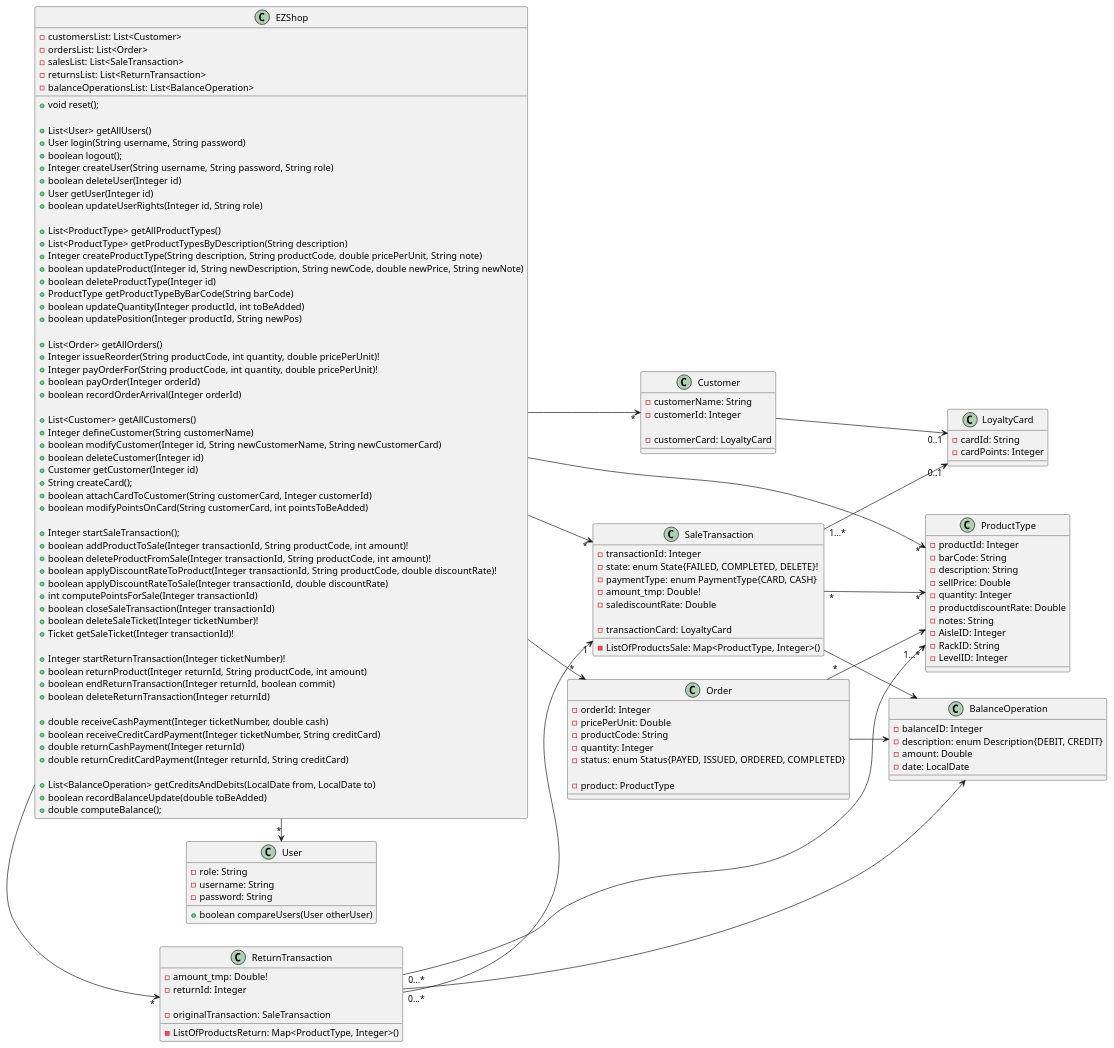
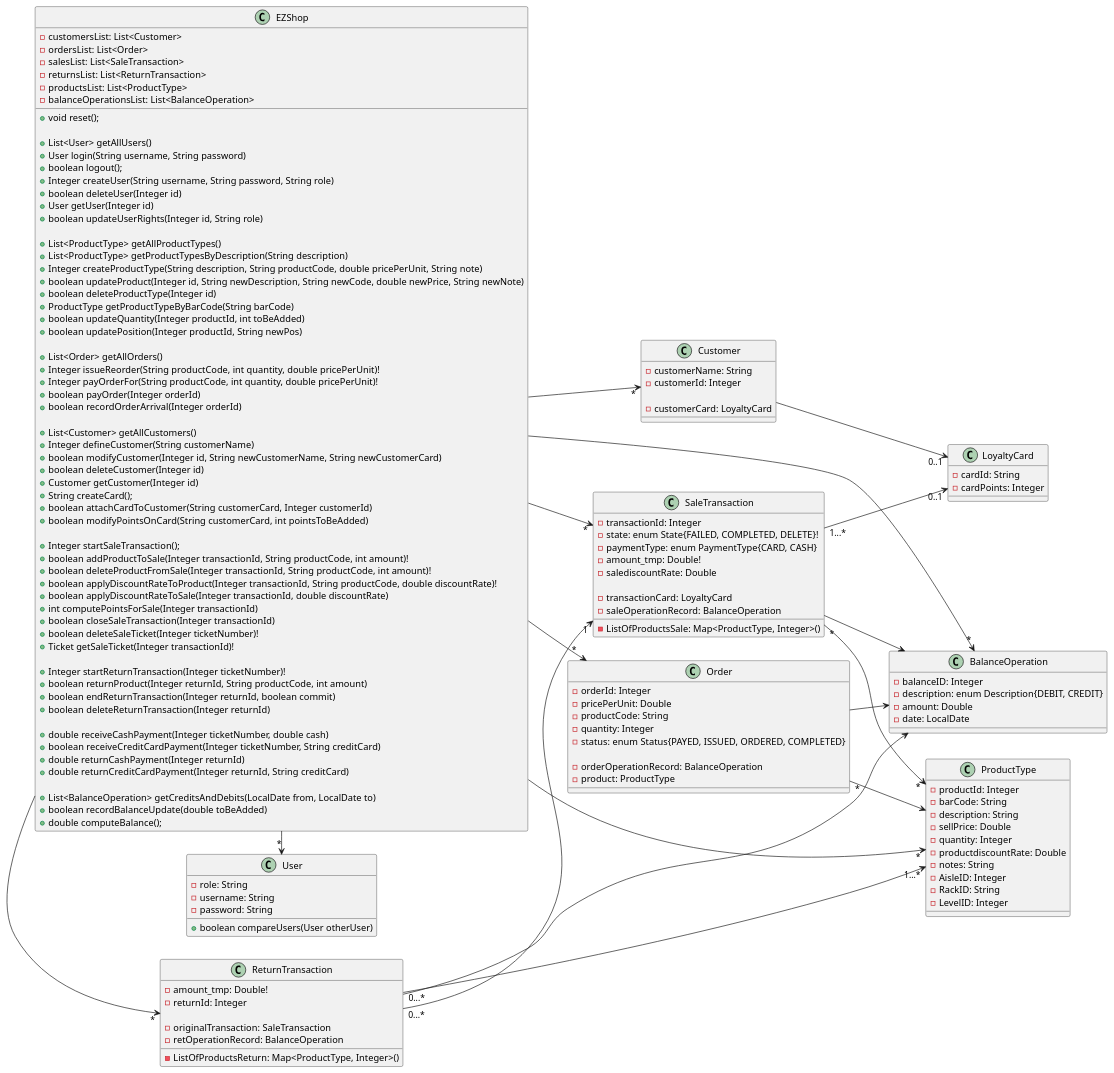
The diagram in Deliverables/DesignDocument.md (gioele-scaletta/EZShop-Software-Engineering-Project), drawn with PlantUML before and after one commit.

Commit message:
Class_diagram_version_0.2

```diff
--- a/Deliverables/DesignDocument.md
+++ b/Deliverables/DesignDocument.md
@@ -47,6 +47,7 @@
     -ordersList: List<Order>
     -salesList: List<SaleTransaction>
     -returnsList: List<ReturnTransaction>
+    -productsList: List<ProductType>
     -balanceOperationsList: List<BalanceOperation>
 
     +void reset();
@@ -139,6 +140,7 @@
     -quantity: Integer
     -status: enum Status{PAYED, ISSUED, ORDERED, COMPLETED}
 
+    -orderOperationRecord: BalanceOperation
     -product: ProductType
 }
 
@@ -160,6 +162,7 @@
 
     -ListOfProductsSale: Map<ProductType, Integer>()
     -transactionCard: LoyaltyCard
+    -saleOperationRecord: BalanceOperation
 }
 
 
@@ -168,6 +171,7 @@
     -returnId: Integer
 
     -originalTransaction: SaleTransaction
+    -retOperationRecord: BalanceOperation
     -ListOfProductsReturn: Map<ProductType, Integer>()
 }
 
@@ -192,6 +196,7 @@
 EZShop ->"*" ReturnTransaction
 EZShop ->"*" ProductType
 EZShop ->"*" User
+EZShop ->"*" BalanceOperation
 
 
 Order "*"--> ProductType
```
